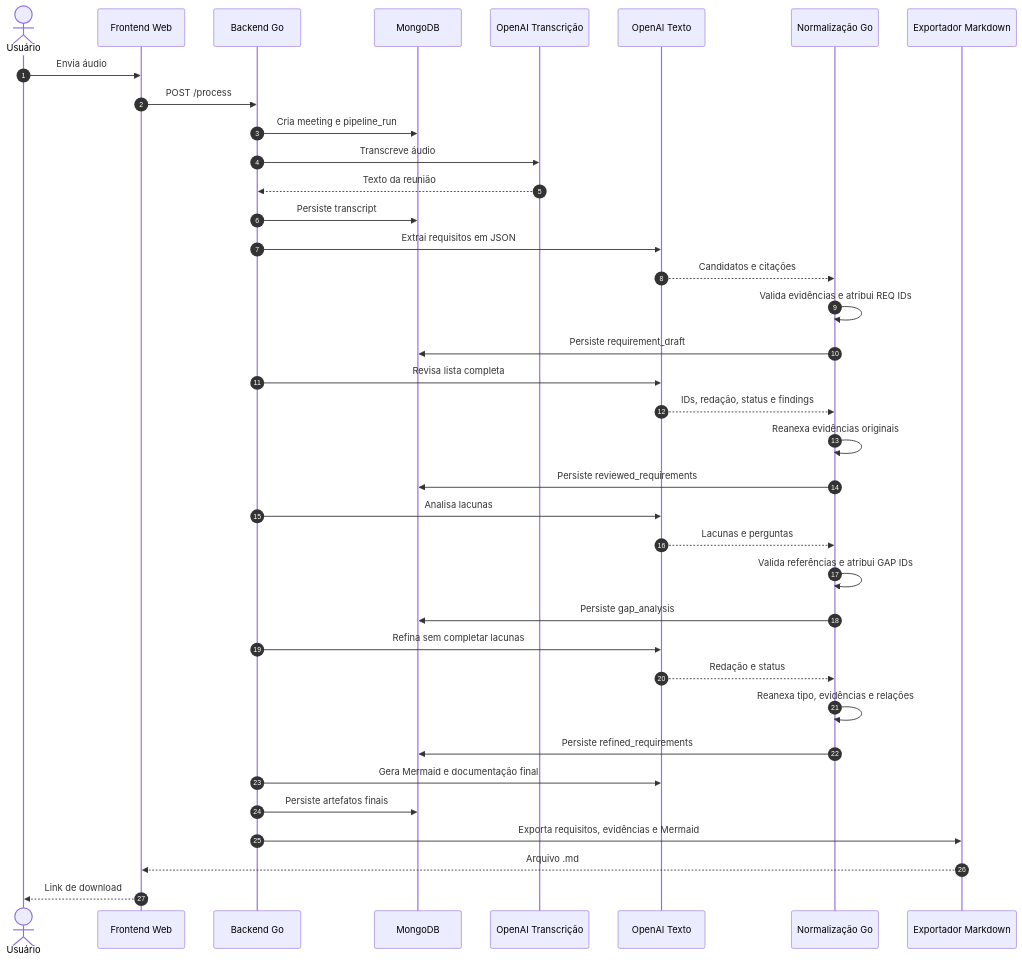
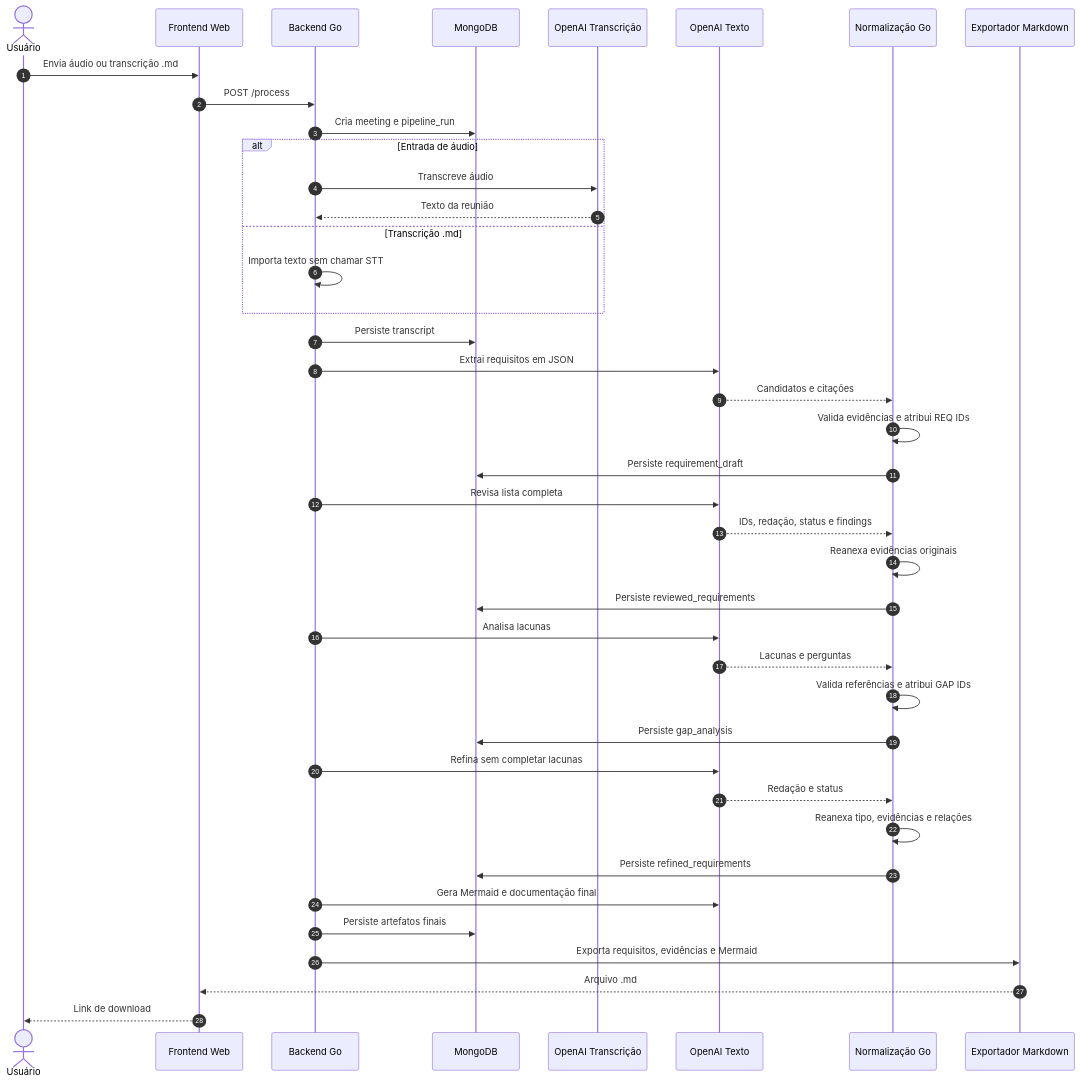
One commit to fabiuhp/tcc-3 changed the diagram in README.md. Above: the diagram before and after it, drawn with Mermaid. The commit also changed other lines of this file and 13 other files, not shown here.

````diff
--- a/README.md
+++ b/README.md
@@ -135,40 +148,44 @@
 ```mermaid
 sequenceDiagram
     autonumber
     actor Usuario as Usuário
     participant Web as Frontend Web
     participant Backend as Backend Go
     participant Mongo as MongoDB
     participant STT as OpenAI Transcrição
     participant LLM as OpenAI Texto
     participant Normalizer as Normalização Go
     participant Markdown as Exportador Markdown
 
-    Usuario->>Web: Envia áudio
+    Usuario->>Web: Envia áudio ou transcrição .md
     Web->>Backend: POST /process
     Backend->>Mongo: Cria meeting e pipeline_run
-    Backend->>STT: Transcreve áudio
-    STT-->>Backend: Texto da reunião
+    alt Entrada de áudio
+        Backend->>STT: Transcreve áudio
+        STT-->>Backend: Texto da reunião
+    else Transcrição .md
+        Backend->>Backend: Importa texto sem chamar STT
+    end
     Backend->>Mongo: Persiste transcript
     Backend->>LLM: Extrai requisitos em JSON
     LLM-->>Normalizer: Candidatos e citações
     Normalizer->>Normalizer: Valida evidências e atribui REQ IDs
     Normalizer->>Mongo: Persiste requirement_draft
     Backend->>LLM: Revisa lista completa
     LLM-->>Normalizer: IDs, redação, status e findings
     Normalizer->>Normalizer: Reanexa evidências originais
     Normalizer->>Mongo: Persiste reviewed_requirements
     Backend->>LLM: Analisa lacunas
     LLM-->>Normalizer: Lacunas e perguntas
     Normalizer->>Normalizer: Valida referências e atribui GAP IDs
     Normalizer->>Mongo: Persiste gap_analysis
     Backend->>LLM: Refina sem completar lacunas
     LLM-->>Normalizer: Redação e status
     Normalizer->>Normalizer: Reanexa tipo, evidências e relações
     Normalizer->>Mongo: Persiste refined_requirements
     Backend->>LLM: Gera Mermaid e documentação final
     Backend->>Mongo: Persiste artefatos finais
     Backend->>Markdown: Exporta requisitos, evidências e Mermaid
     Markdown-->>Web: Arquivo .md
     Web-->>Usuario: Link de download
 ```
````
